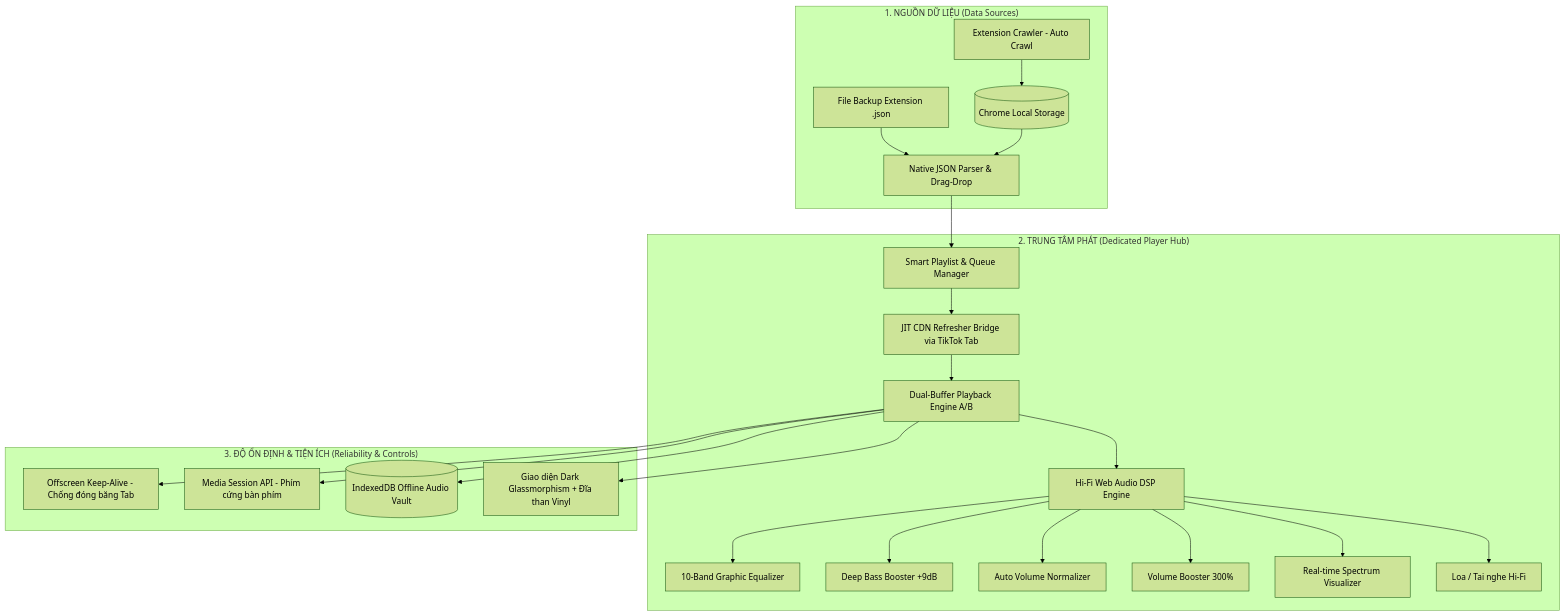
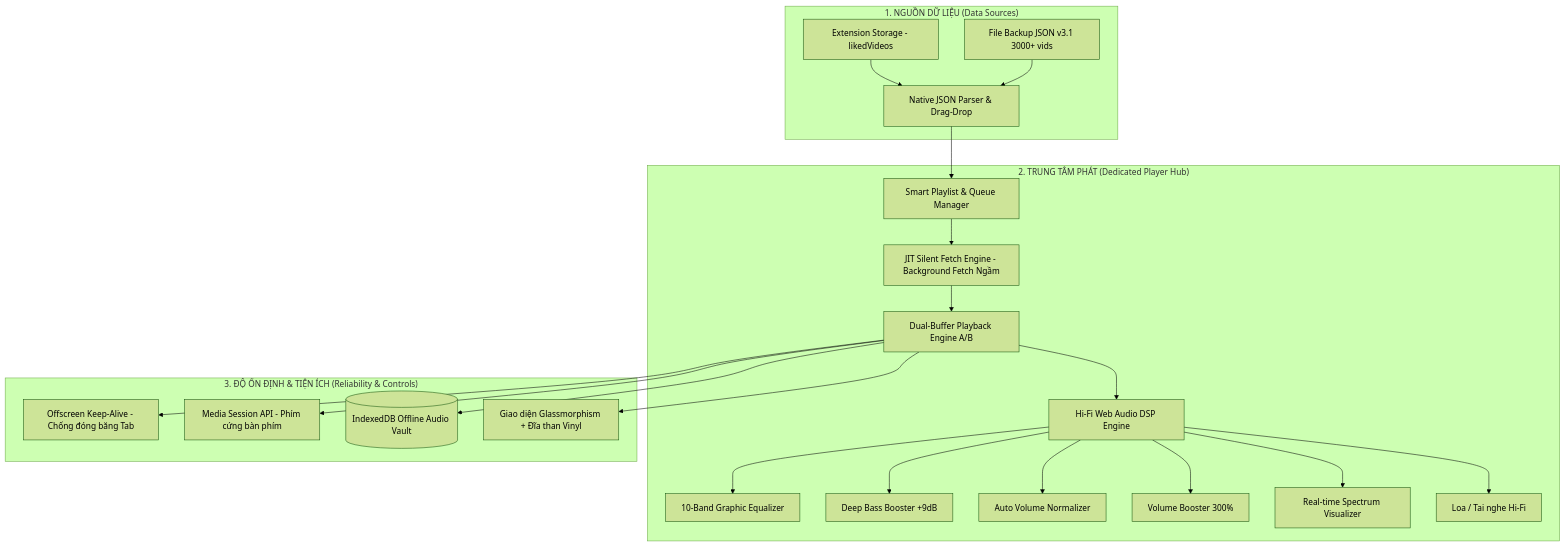
One commit to Ducinviciable/TikTok-Random-Video changed the diagram in docs/Process-Dedicated-Player.md. Above: the diagram before and after it, drawn with Mermaid (forest theme). The commit also changed other lines of this file and 15 other files, not shown here.

````diff
--- a/docs/Process-Dedicated-Player.md
+++ b/docs/Process-Dedicated-Player.md
@@ -11,30 +12,29 @@
 ```mermaid
 graph TD
     subgraph "1. NGUỒN DỮ LIỆU (Data Sources)"
-        A1[Extension Crawler - Auto Crawl] --> S[(Chrome Local Storage)]
-        A2[File Backup Extension .json] --> P[Native JSON Parser & Drag-Drop]
-        S --> P
+        A1[Extension Storage - likedVideos] --> P[Native JSON Parser & Drag-Drop]
+        A2[File Backup JSON v3.1 3000+ vids] --> P
     end
 
     subgraph "2. TRUNG TÂM PHÁT (Dedicated Player Hub)"
         P --> QM[Smart Playlist & Queue Manager]
-        QM --> JIT[JIT CDN Refresher Bridge via TikTok Tab]
+        QM --> JIT[JIT Silent Fetch Engine - Background Fetch Ngầm]
         JIT --> PB[Dual-Buffer Playback Engine A/B]
         PB --> DSP[Hi-Fi Web Audio DSP Engine]
         
         DSP --> E1[10-Band Graphic Equalizer]
         DSP --> E2[Deep Bass Booster +9dB]
         DSP --> E3[Auto Volume Normalizer]
         DSP --> E4[Volume Booster 300%]
         
         DSP --> V[Real-time Spectrum Visualizer]
         DSP --> SP[Loa / Tai nghe Hi-Fi]
     end
 
     subgraph "3. ĐỘ ỔN ĐỊNH & TIỆN ÍCH (Reliability & Controls)"
         PB --> KA[Offscreen Keep-Alive - Chống đóng băng Tab]
         PB --> MS[Media Session API - Phím cứng bàn phím]
         PB --> DB[(IndexedDB Offline Audio Vault)]
-        PB --> UI[Giao diện Dark Glassmorphism + Đĩa than Vinyl]
+        PB --> UI[Giao diện Glassmorphism + Đĩa than Vinyl]
     end
 ```
````
